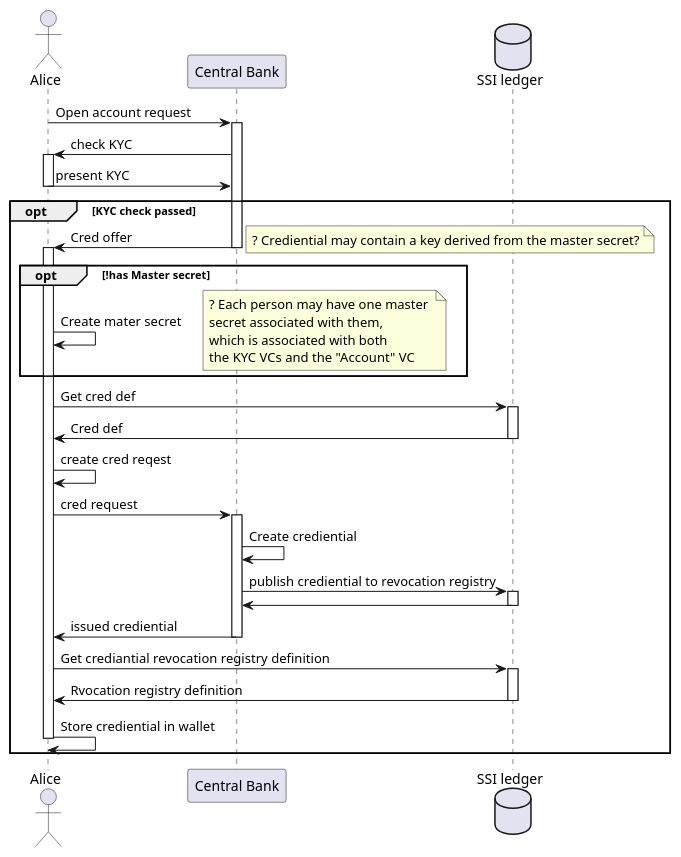
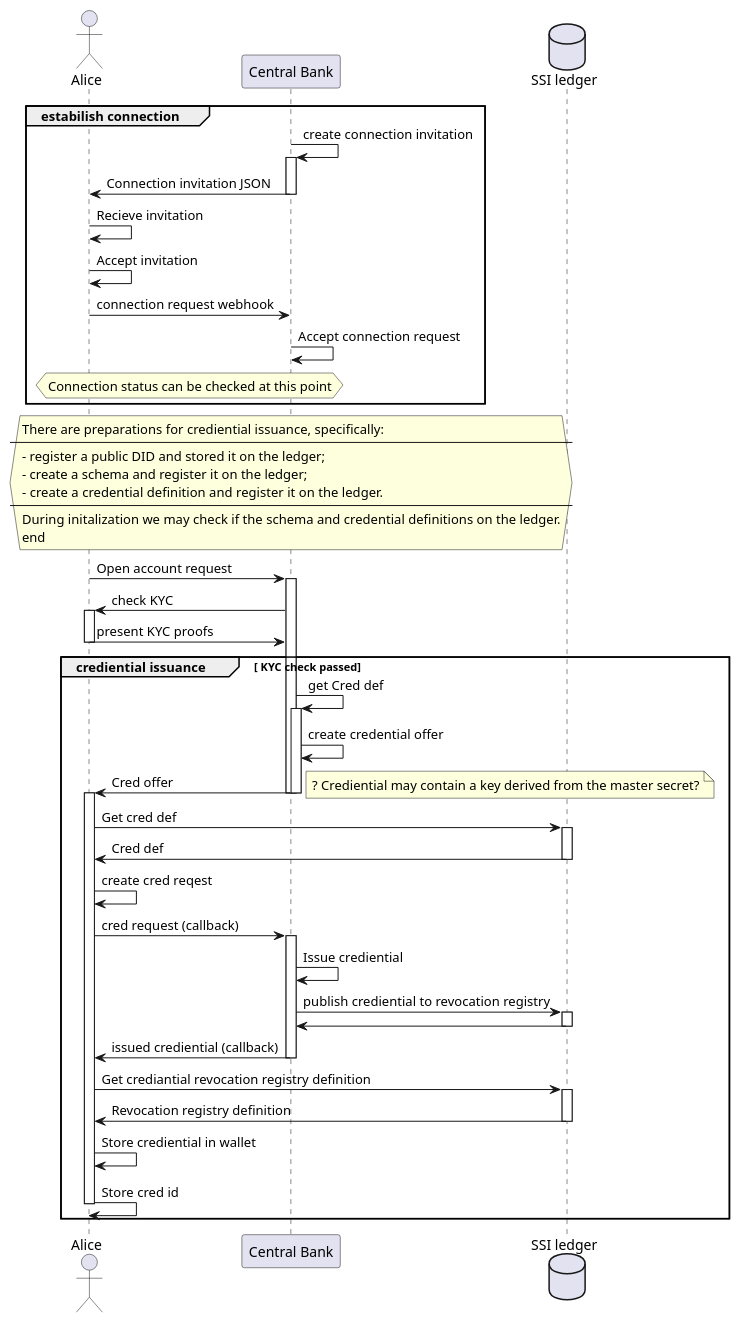
The diagram in doc/sequence_onboarding.puml (BlackLight54/TDK_openCBDC_SSI), drawn with PlantUML before and after one commit. The commit also changed 11 other files, not shown here.

```diff
--- a/doc/sequence_onboarding.puml
+++ b/doc/sequence_onboarding.puml
@@ -1,51 +1,70 @@
 @startuml Onboarding openCBDC w/SSI sequence diagram
+'based on partly https://github.com/hyperledger/aries-cloudagent-python/blob/main/demo/AriesOpenAPIDemo.md
 actor Alice as A 
 participant "Central Bank" as CB 
 database "SSI ledger" as SSI
+group estabilish connection
+CB -> CB : create connection invitation 
+activate CB
+CB -> A : Connection invitation JSON
+deactivate CB  
+A -> A : Recieve invitation
+A -> A : Accept invitation
+A -> CB : connection request webhook 
+CB -> CB : Accept connection request
+hnote over A, CB : Connection status can be checked at this point
+end  
 
+hnote over CB 
+There are preparations for crediential issuance, specifically:
+----
+- register a public DID and stored it on the ledger;
+- create a schema and register it on the ledger;
+- create a credential definition and register it on the ledger.
+----
+During initalization we may check if the schema and credential definitions on the ledger.
+end
+end note 
 A -> CB : Open account request
 activate CB
 CB ->  A : check KYC
 activate A
-A -> CB : present KYC
+A -> CB : present KYC proofs
 deactivate A
 
-opt KYC check passed
+group crediential issuance [ KYC check passed]
+CB -> CB : get Cred def
+activate CB
+CB -> CB : create credential offer
 CB -> A : Cred offer
+deactivate CB
 note right
 ? Crediential may contain a key derived from the master secret?
 end note 
 deactivate CB
 activate A
-opt !has Master secret 
-    A-> A : Create mater secret
-    note right 
-        ? Each person may have one master 
-        secret associated with them,
-        which is associated with both 
-        the KYC VCs and the "Account" VC
-    end note 
-end
+
 A -> SSI : Get cred def
 activate SSI
 SSI -> A : Cred def
 deactivate SSI
 A -> A : create cred reqest
- A -> CB : cred request
+ A -> CB : cred request (callback)
  activate CB 
-CB -> CB : Create crediential
+CB -> CB : Issue crediential
 CB -> SSI : publish crediential to revocation registry
 activate SSI
 SSI -> CB 
 deactivate SSI
-CB -> A : issued crediential 
+CB -> A : issued crediential (callback)
 deactivate CB
 A -> SSI : Get crediantial revocation registry definition 
 activate SSI 
-SSI -> A : Rvocation registry definition
+SSI -> A : Revocation registry definition
 deactivate SSI
 A -> A : Store crediential in wallet
+A -> A : Store cred id
 deactivate A
 end 
 
 @enduml
```
